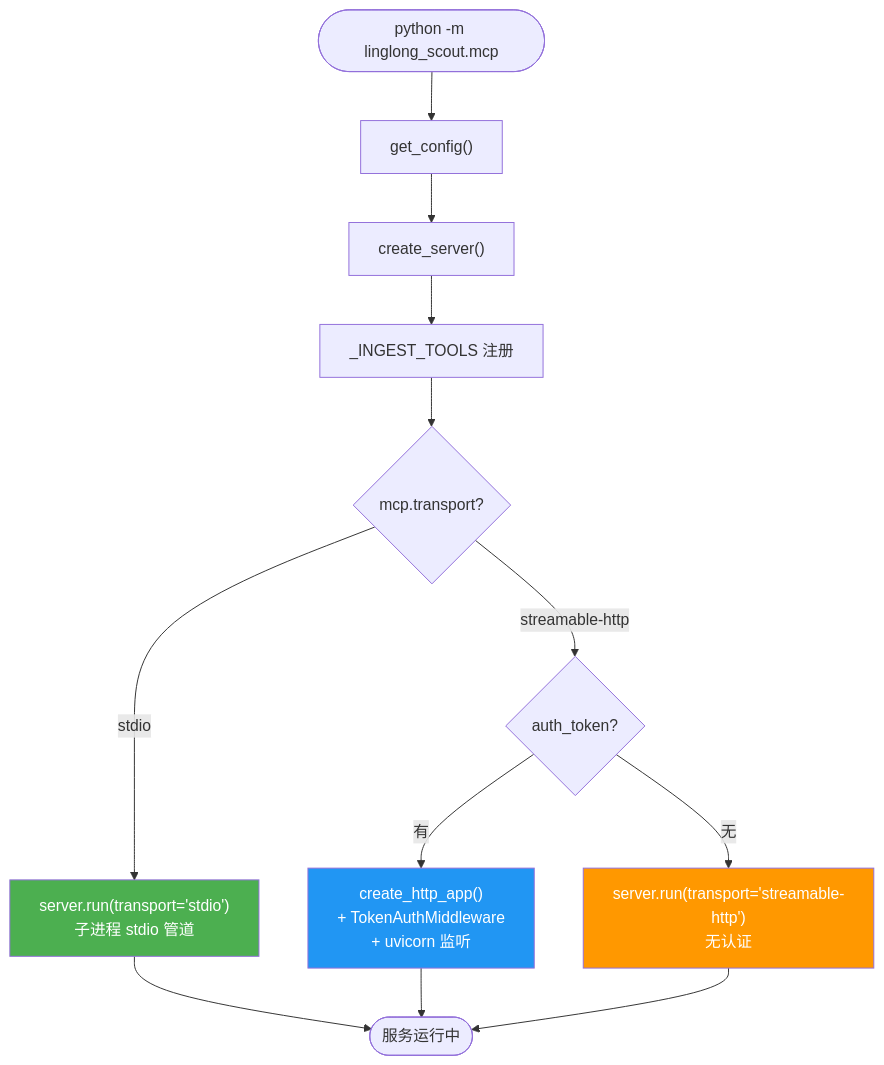
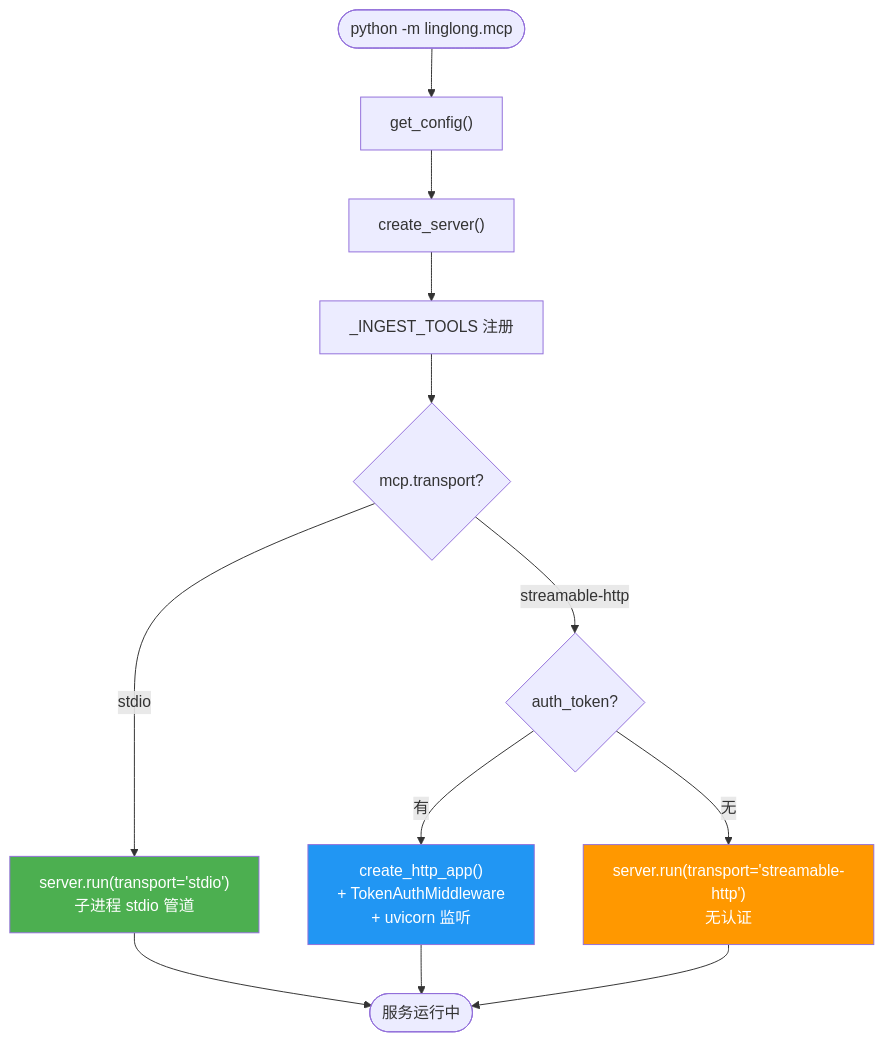
Before and after one commit to xinovate/linglong-scout: the first of 3 diagrams in docs/design/06-mcp.md, drawn with Mermaid. The commit also changed other lines of this file and 39 other files, not shown here.

First line of the commit message:
refactor: 包名 linglong_scout → linglong

````diff
--- a/docs/design/06-mcp.md
+++ b/docs/design/06-mcp.md
@@ -15,21 +15,21 @@
 ```mermaid
 flowchart TD
-    START(["python -m linglong_scout.mcp"]) --> CONFIG["get_config()"]
+    START(["python -m linglong.mcp"]) --> CONFIG["get_config()"]
     CONFIG --> CREATE["create_server()"]
     CREATE --> REGISTER["_INGEST_TOOLS 注册"]
     REGISTER --> TRANSPORT{mcp.transport?}
 
     TRANSPORT -->|stdio| STDIO["server.run(transport='stdio')<br/>子进程 stdio 管道"]
     TRANSPORT -->|streamable-http| HTTP_CHECK{auth_token?}
 
     HTTP_CHECK -->|有| HTTP_AUTH["create_http_app()<br/>+ TokenAuthMiddleware<br/>+ uvicorn 监听"]
     HTTP_CHECK -->|无| HTTP_NOAUTH["server.run(transport='streamable-http')<br/>无认证"]
 
     STDIO --> RUNNING(["服务运行中"])
     HTTP_AUTH --> RUNNING
     HTTP_NOAUTH --> RUNNING
 
     style STDIO fill:#4CAF50,color:#fff
     style HTTP_AUTH fill:#2196F3,color:#fff
     style HTTP_NOAUTH fill:#FF9800,color:#fff
 ```
````
